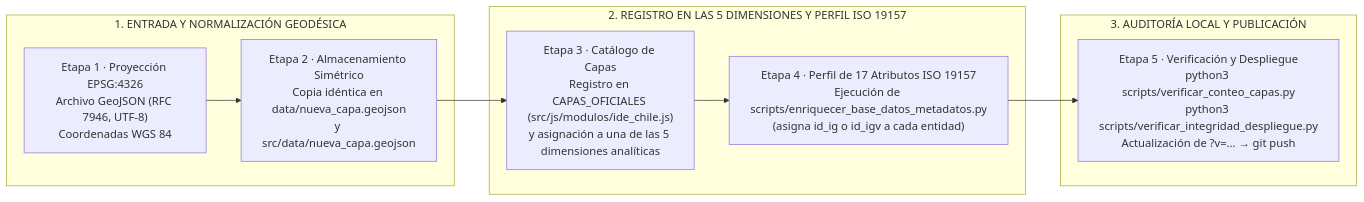
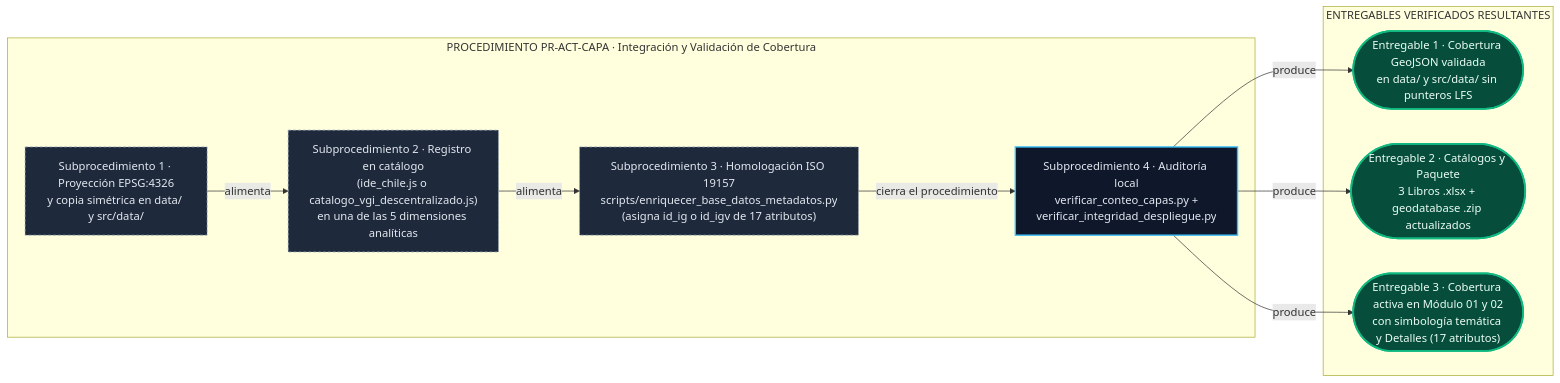
The first of 2 diagrams in docs/CONTRIBUTING.md (GEOJOTA/atlas-vgi-barrio-brasil), drawn with Mermaid before and after one commit. The commit also changed other lines of this file and 44 other files, not shown here.

Commit message:
feat(atlas): lectura dinamica A/A+/A++, pausa puntual en Inspector PRC, mapa base en simbologia, capas VGI exhaustivas y flujo procedimiento-entregable (v74)

````diff
--- a/docs/CONTRIBUTING.md
+++ b/docs/CONTRIBUTING.md
@@ -17,18 +19,22 @@
 ```mermaid
 flowchart LR
-    subgraph IN["1. ENTRADA Y NORMALIZACIÓN GEODÉSICA"]
-        S1["Etapa 1 · Proyección EPSG:4326\nArchivo GeoJSON (RFC 7946, UTF-8)\nCoordenadas WGS 84"]
-        S2["Etapa 2 · Almacenamiento Simétrico\nCopia idéntica en data/nueva_capa.geojson\ny src/data/nueva_capa.geojson"]
+    classDef subproc fill:#1e293b,stroke:#94a3b8,stroke-dasharray:4 3,color:#e2e8f0
+    classDef proc fill:#0f172a,stroke:#38bdf8,stroke-width:2px,color:#e2e8f0
+    classDef ent fill:#064e3b,stroke:#10b981,stroke-width:2.5px,color:#ecfdf5
+
+    subgraph PROC["PROCEDIMIENTO PR-ACT-CAPA · Integración y Validación de Cobertura"]
+        SP1["Subprocedimiento 1 · Proyección EPSG:4326\ny copia simétrica en data/ y src/data/"]:::subproc
+        SP2["Subprocedimiento 2 · Registro en catálogo\n(ide_chile.js o catalogo_vgi_descentralizado.js)\nen una de las 5 dimensiones analíticas"]:::subproc
+        SP3["Subprocedimiento 3 · Homologación ISO 19157\nscripts/enriquecer_base_datos_metadatos.py\n(asigna id_ig o id_igv de 17 atributos)"]:::subproc
+        SP4["Subprocedimiento 4 · Auditoría local\nverificar_conteo_capas.py +\nverificar_integridad_despliegue.py"]:::proc
     end
 
-    subgraph PROC["2. REGISTRO EN LAS 5 DIMENSIONES Y PERFIL ISO 19157"]
-        S3["Etapa 3 · Catálogo de Capas\nRegistro en CAPAS_OFICIALES (src/js/modulos/ide_chile.js)\ny asignación a una de las 5 dimensiones analíticas"]
-        S4["Etapa 4 · Perfil de 17 Atributos ISO 19157\nEjecución de scripts/enriquecer_base_datos_metadatos.py\n(asigna id_ig o id_igv a cada entidad)"]
+    subgraph ENT["ENTREGABLES VERIFICADOS RESULTANTES"]
+        E_GEO(["Entregable 1 · Cobertura GeoJSON validada\nen data/ y src/data/ sin punteros LFS"]):::ent
+        E_CAT(["Entregable 2 · Catálogos y Paquete\n3 Libros .xlsx + geodatabase .zip actualizados"]):::ent
+        E_MOD(["Entregable 3 · Cobertura activa en Módulo 01 y 02\ncon simbología temática y Detalles (17 atributos)"]):::ent
     end
 
-    subgraph OUT["3. AUDITORÍA LOCAL Y PUBLICACIÓN"]
-        S5["Etapa 5 · Verificación y Despliegue\npython3 scripts/verificar_conteo_capas.py\npython3 scripts/verificar_integridad_despliegue.py\nActualización de ?v=... → git push"]
-    end
-
-    S1 --> S2 --> S3 --> S4 --> S5
+    SP1 -->|"alimenta"| SP2 -->|"alimenta"| SP3 -->|"cierra el procedimiento"| SP4
+    SP4 -->|"produce"| E_GEO & E_CAT & E_MOD
 ```
````
